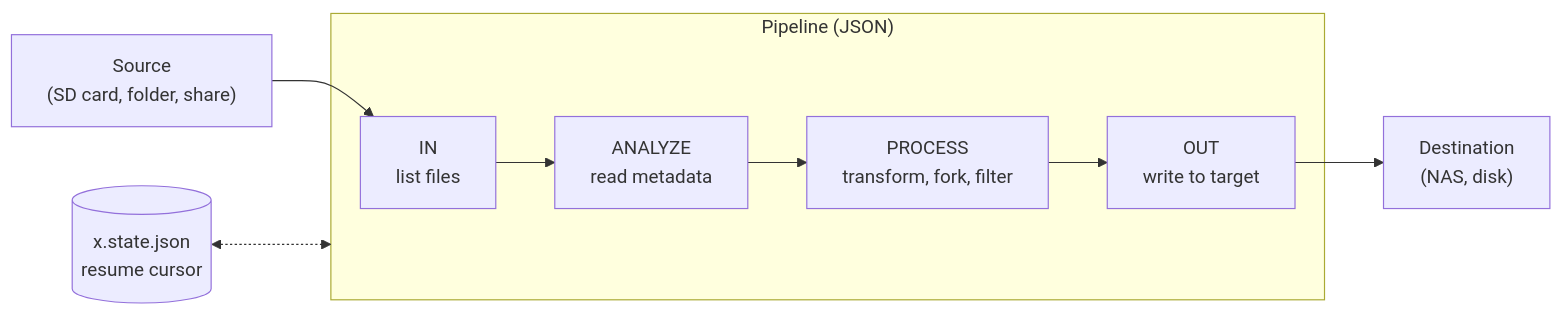
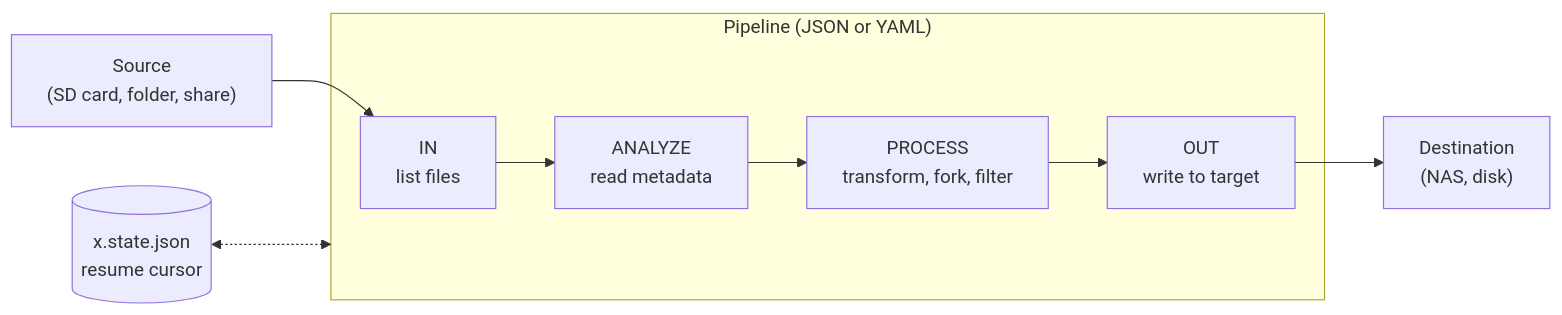
One commit to sgodmez/copybot changed the diagram in README.md. Above: the diagram before and after it, drawn with Mermaid. The commit also changed other lines of this file and 22 other files, not shown here.

````diff
--- a/README.md
+++ b/README.md
@@ -180,11 +180,11 @@
 ```mermaid
 flowchart LR
     src["Source<br/>(SD card, folder, share)"] --> in
-    subgraph pipeline["Pipeline (JSON)"]
+    subgraph pipeline["Pipeline (JSON or YAML)"]
         in["IN<br/>list files"] --> analyse["ANALYZE<br/>read metadata"]
         analyse --> process["PROCESS<br/>transform, fork, filter"]
         process --> out["OUT<br/>write to target"]
     end
     state[("x.state.json<br/>resume cursor")] <-.-> pipeline
     out --> dst["Destination<br/>(NAS, disk)"]
 ```
````
